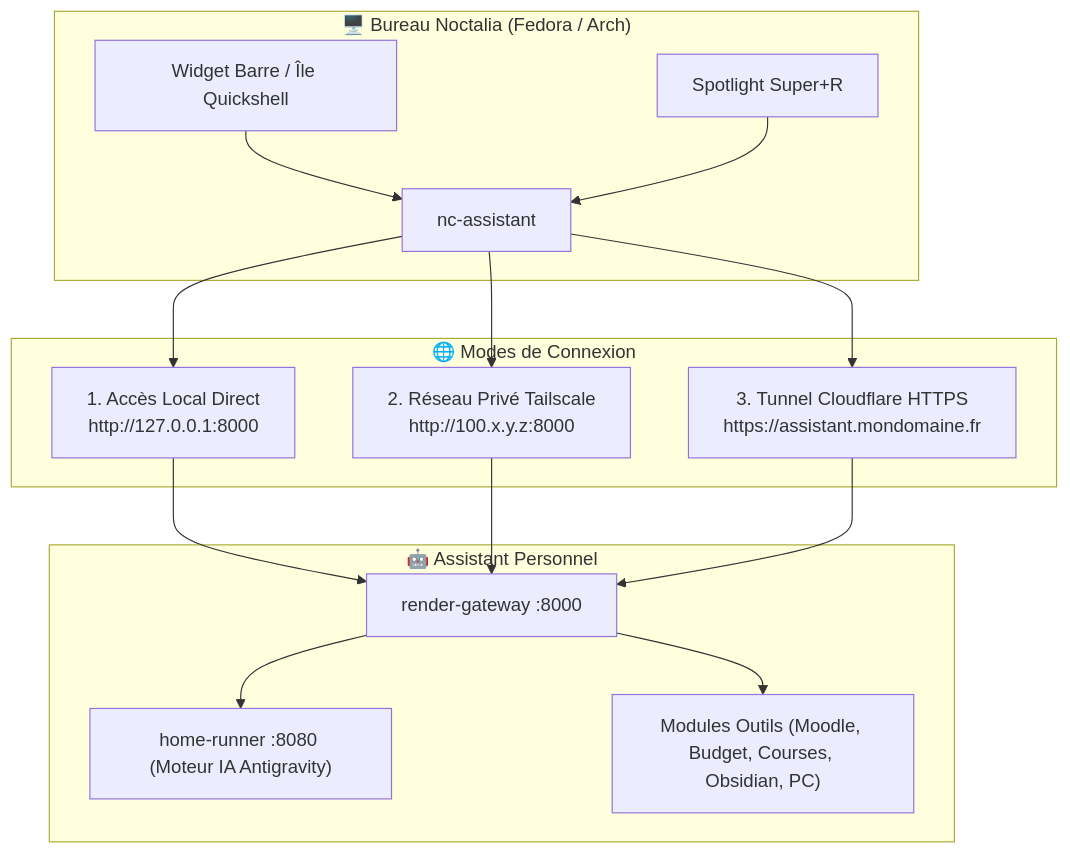
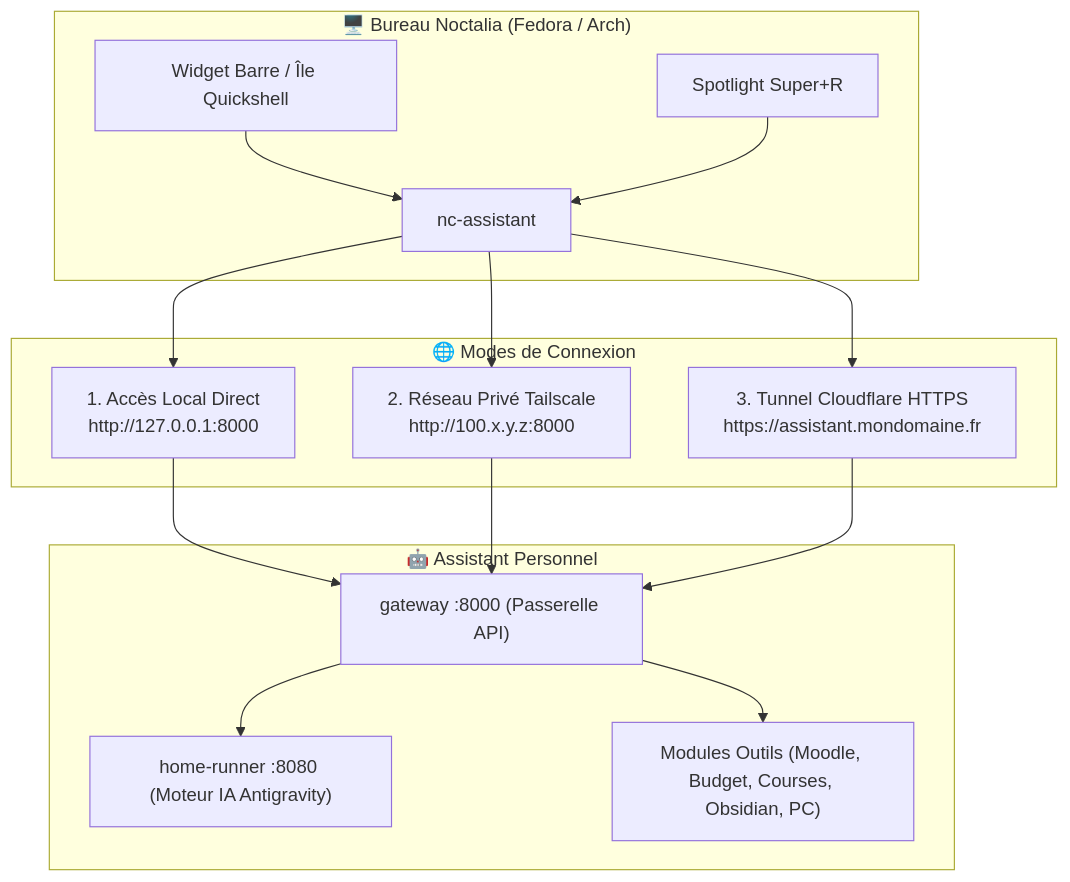
Before and after one commit to RaphaelBlanc/JARVIS-BIS: the diagram in docs/NOCTALIA_API.md, drawn with Mermaid. The commit also changed other lines of this file and 38 other files, not shown here.

Commit message:
refactor: simplify architecture to local vs server, rename gateway and eliminate render references

````diff
--- a/docs/NOCTALIA_API.md
+++ b/docs/NOCTALIA_API.md
@@ -13,28 +13,28 @@
 ```mermaid
 flowchart TD
     subgraph Bureau["🖥️ Bureau Noctalia (Fedora / Arch)"]
         W[Widget Barre / Île Quickshell] --> CLI[nc-assistant]
         S[Spotlight Super+R] --> CLI
     end
 
     subgraph Connexion["🌐 Modes de Connexion"]
         DIR["1. Accès Local Direct\nhttp://127.0.0.1:8000"]
         TS["2. Réseau Privé Tailscale\nhttp://100.x.y.z:8000"]
         CF["3. Tunnel Cloudflare HTTPS\nhttps://assistant.mondomaine.fr"]
     end
 
     subgraph Assistant["🤖 Assistant Personnel"]
-        GW["render-gateway :8000"]
+        GW["gateway :8000 (Passerelle API)"]
         HR["home-runner :8080 (Moteur IA Antigravity)"]
         MOD["Modules Outils (Moodle, Budget, Courses, Obsidian, PC)"]
         GW --> HR
         GW --> MOD
     end
 
     CLI --> DIR
     CLI --> TS
     CLI --> CF
     DIR --> GW
     TS --> GW
     CF --> GW
 ```
````
